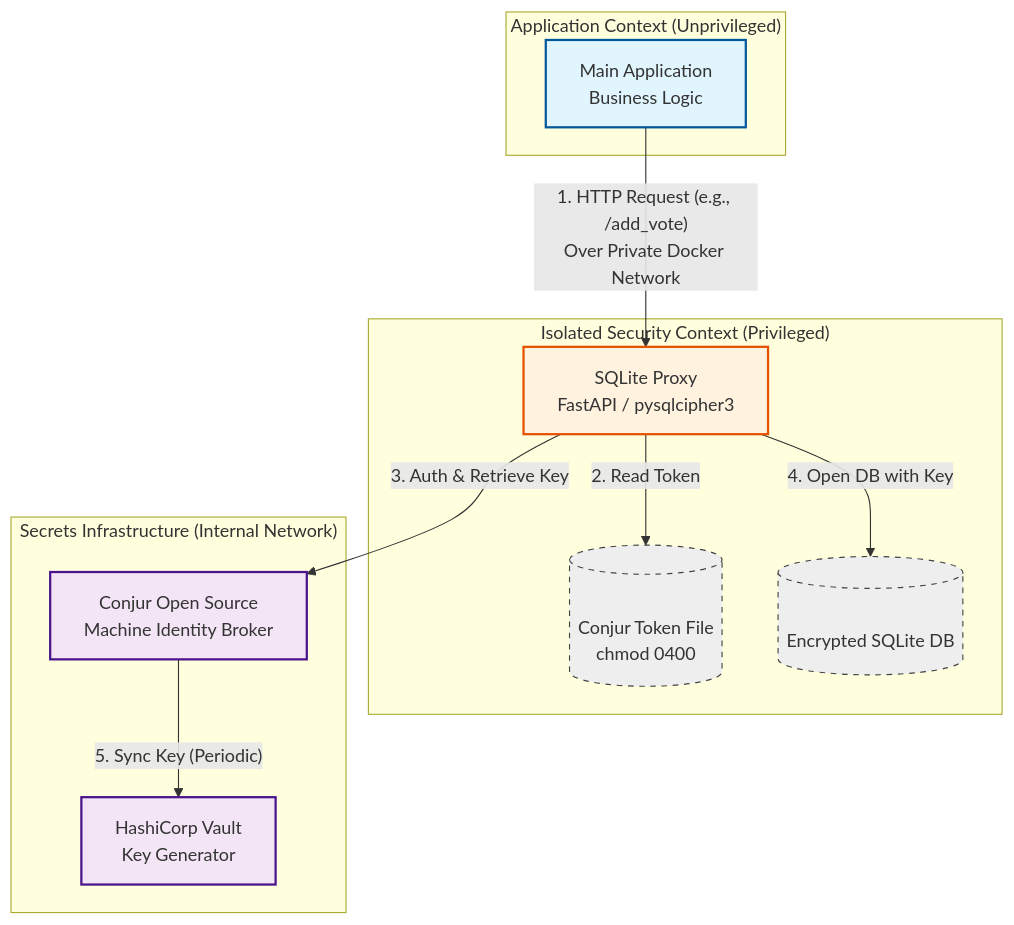
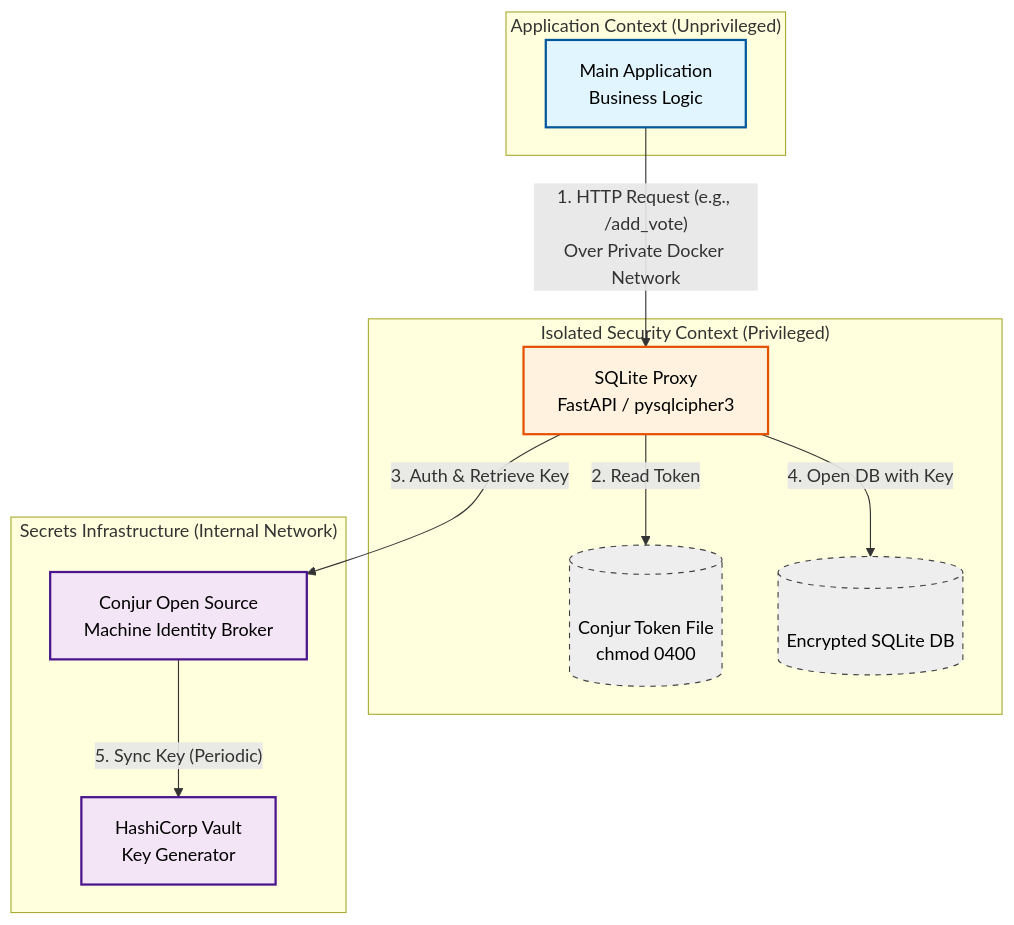
One commit to DmitriyProkopyev/SQRS-MovieNight changed the diagram in SECURITY.md. Above: the diagram before and after it, drawn with Mermaid.

Commit message:
fix: diagram rendering

````diff
--- a/SECURITY.md
+++ b/SECURITY.md
@@ -38,36 +38,36 @@
 ```mermaid
 flowchart TD
     subgraph AppHost ["Application Context (Unprivileged)"]
         MainApp[Main Application<br>Business Logic]
     end
 
     subgraph IsolatedHost ["Isolated Security Context (Privileged)"]
         Proxy[SQLite Proxy<br>FastAPI / pysqlcipher3]
         TokenFile[(<br>Conjur Token File<br>chmod 0400<br>)]
         SQLiteFile[(<br>Encrypted SQLite DB<br>)]
     end
 
     subgraph SecretsInfra ["Secrets Infrastructure (Internal Network)"]
         Conjur[Conjur Open Source<br>Machine Identity Broker]
         Vault[HashiCorp Vault<br>Key Generator]
     end
 
     %% Connections
     MainApp -- "1. HTTP Request (e.g., /add_vote)<br>Over Private Docker Network" --> Proxy
     Proxy -- "2. Read Token" --> TokenFile
     Proxy -- "3. Auth & Retrieve Key" --> Conjur
     Proxy -- "4. Open DB with Key" --> SQLiteFile
     
     Conjur -- "5. Sync Key (Periodic)" --> Vault
 
     %% Styling
-    classDef app fill:#e1f5fe,stroke:#01579b,stroke-width:2px;
-    classDef proxy fill:#fff3e0,stroke:#e65100,stroke-width:2px;
-    classDef infra fill:#f3e5f5,stroke:#4a148c,stroke-width:2px;
-    classDef file fill:#eeeeee,stroke:#424242,stroke-width:1px,stroke-dasharray: 5 5;
+    classDef app fill:#e1f5fe,stroke:#01579b,stroke-width:2px,color:#000000;
+    classDef proxy fill:#fff3e0,stroke:#e65100,stroke-width:2px,color:#000000;
+    classDef infra fill:#f3e5f5,stroke:#4a148c,stroke-width:2px,color:#000000;
+    classDef file fill:#eeeeee,stroke:#424242,stroke-width:1px,stroke-dasharray:5 5,color:#000000;
 
     class MainApp app;
     class Proxy proxy;
     class Conjur,Vault infra;
     class TokenFile,SQLiteFile file;
 ```
````
